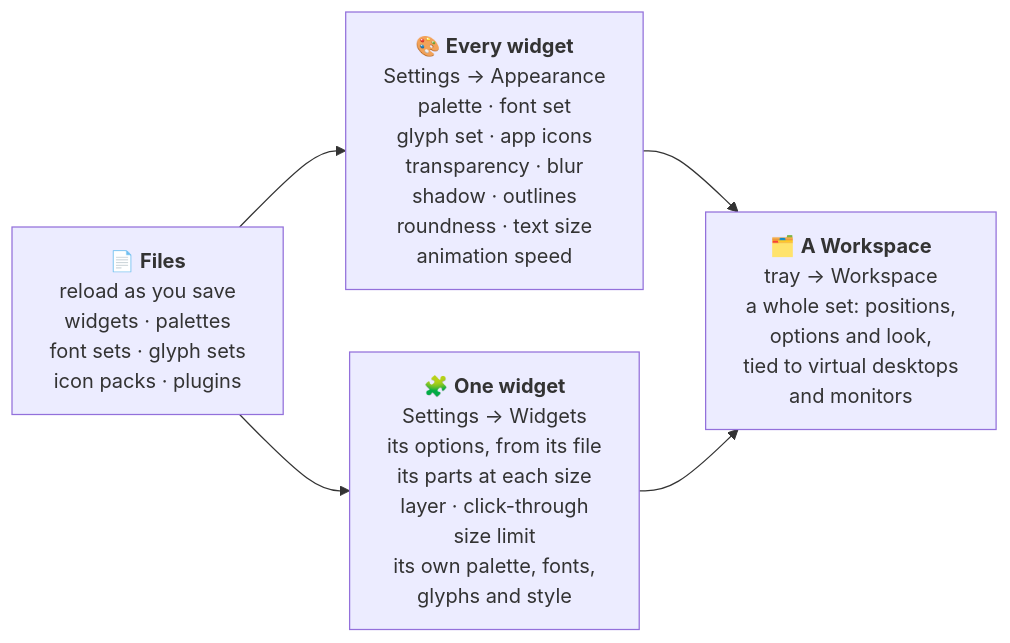
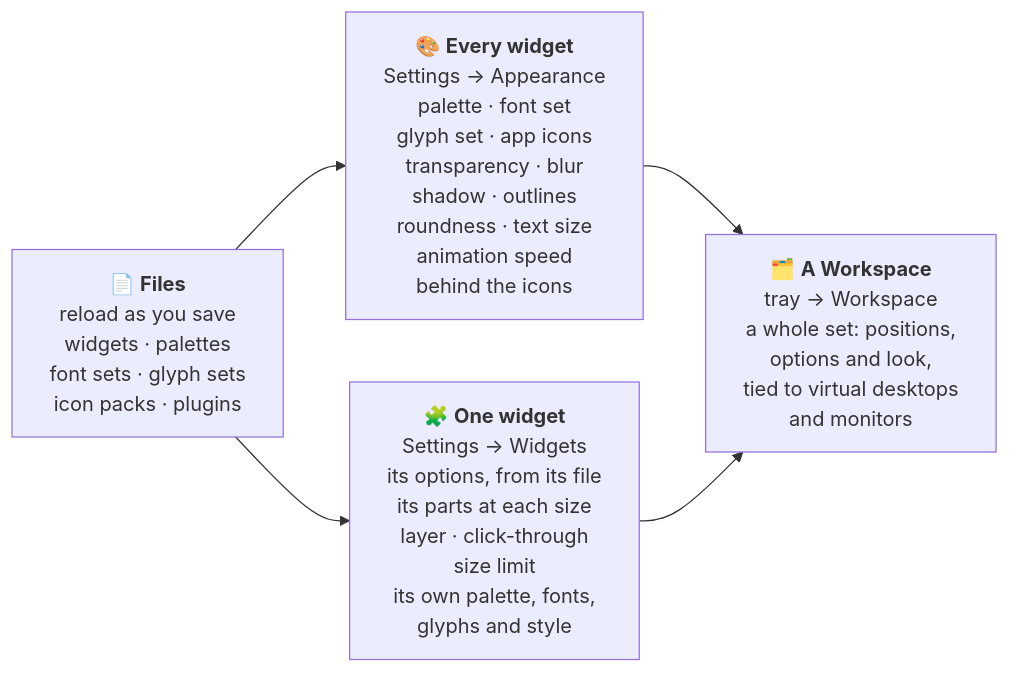
The first of 2 diagrams in docs/customizing.md (mzak-dev/desktopWidgets), drawn with Mermaid before and after one commit. The commit also changed 18 other files, not shown here.

First line of the commit message:
feat(style): put widgets behind the desktop icons

````diff
--- a/docs/customizing.md
+++ b/docs/customizing.md
@@ -11,11 +11,11 @@
 ```mermaid
 flowchart LR
     FILES["📄 <b>Files</b><br/>reload as you save<br/>widgets · palettes<br/>font sets · glyph sets<br/>icon packs · plugins"]
-    ALL["🎨 <b>Every widget</b><br/>Settings → Appearance<br/>palette · font set<br/>glyph set · app icons<br/>transparency · blur<br/>shadow · outlines<br/>roundness · text size<br/>animation speed"]
+    ALL["🎨 <b>Every widget</b><br/>Settings → Appearance<br/>palette · font set<br/>glyph set · app icons<br/>transparency · blur<br/>shadow · outlines<br/>roundness · text size<br/>animation speed<br/>behind the icons"]
     ONE["🧩 <b>One widget</b><br/>Settings → Widgets<br/>its options, from its file<br/>its parts at each size<br/>layer · click-through<br/>size limit<br/>its own palette, fonts,<br/>glyphs and style"]
     SETS["🗂️ <b>A Workspace</b><br/>tray → Workspace<br/>a whole set: positions,<br/>options and look,<br/>tied to virtual desktops<br/>and monitors"]
     FILES --> ALL
     FILES --> ONE
     ALL --> SETS
     ONE --> SETS
 ```
````
